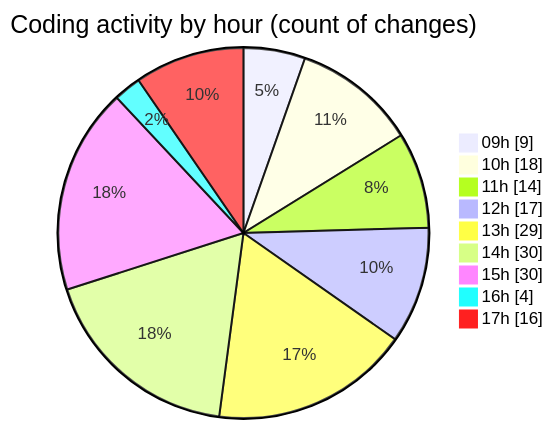
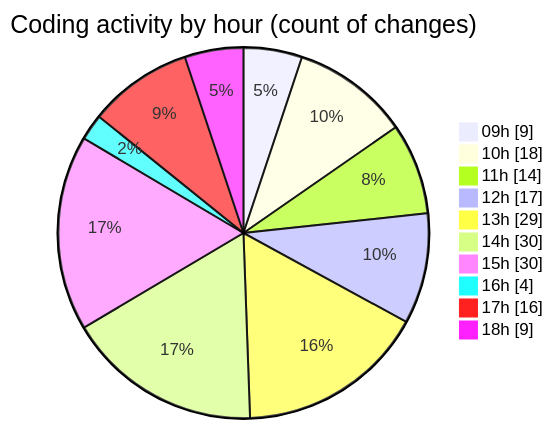
The second of 2 diagrams in 2025-03-24/cda/README.md (momahboobian/code-tracking), drawn with Mermaid before and after one commit. The commit also changed other lines of this file and 1 other file, not shown here.

````diff
--- a/2025-03-24/cda/README.md
+++ b/2025-03-24/cda/README.md
@@ -54,13 +56,14 @@
 ```mermaid
 pie showData
 title Coding activity by hour (count of changes)
 "09h" : 9
 "10h" : 18
 "11h" : 14
 "12h" : 17
 "13h" : 29
 "14h" : 30
 "15h" : 30
 "16h" : 4
 "17h" : 16
+"18h" : 9
 ```
````
